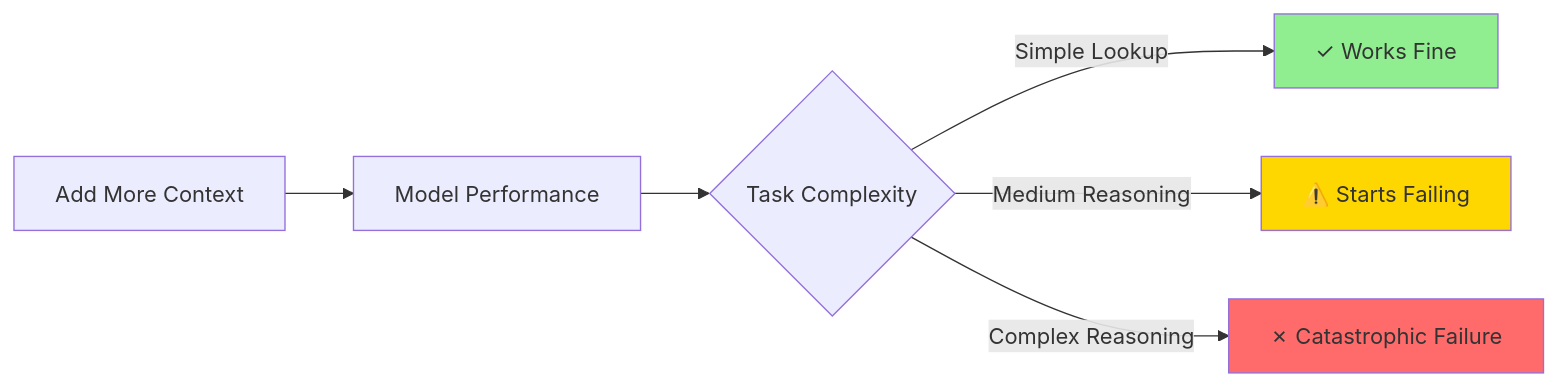
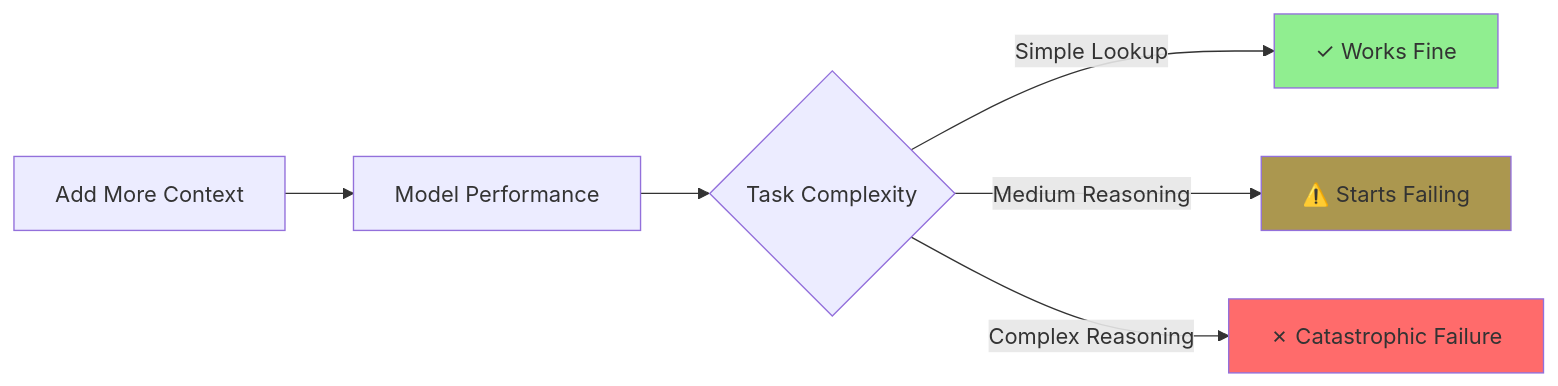
One commit to rsrini7/Learnings changed the first of 18 diagrams in Papers/RecursiveLanguageModels.md. Above: the diagram before and after it, drawn with Mermaid. The commit also changed other lines of this file, not shown here.

First line of the commit message:
style(docs): update diagram node colors from gold to bronze

````diff
--- a/Papers/RecursiveLanguageModels.md
+++ b/Papers/RecursiveLanguageModels.md
@@ -54,12 +54,12 @@
 ```mermaid
 graph LR
     A[Add More Context] --> B[Model Performance]
     B --> C{Task Complexity}
     C -->|Simple Lookup| D[✓ Works Fine]
     C -->|Medium Reasoning| E[⚠️ Starts Failing]
     C -->|Complex Reasoning| F[✗ Catastrophic Failure]
     
     style D fill:#90EE90
-    style E fill:#FFD700
+    style E fill:#AB974F
     style F fill:#FF6B6B
 ```
````
